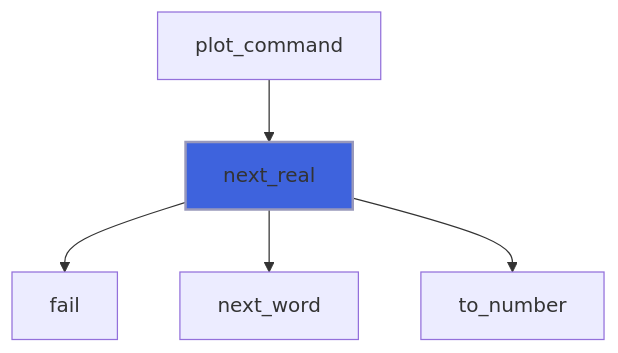
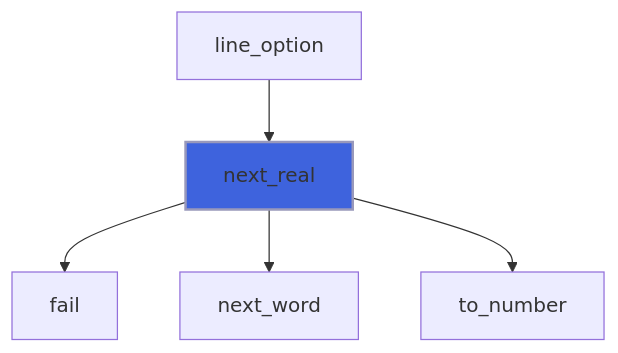
One commit to szaghi/foresight changed diagram 23 of 30 in docs/api/src/lib/foresight_script.md. Above: the diagram before and after it, drawn with Mermaid. The commit also changed other lines of this file and 42 other files, not shown here.

````diff
--- a/docs/api/src/lib/foresight_script.md
+++ b/docs/api/src/lib/foresight_script.md
@@ -703,8 +796,8 @@
 ```mermaid
 flowchart TD
-  plot_command["plot_command"] --> next_real["next_real"]
+  line_option["line_option"] --> next_real["next_real"]
   next_real["next_real"] --> fail["fail"]
   next_real["next_real"] --> next_word["next_word"]
   next_real["next_real"] --> to_number["to_number"]
   style next_real fill:#3e63dd,stroke:#99b,stroke-width:2px
 ```
````
